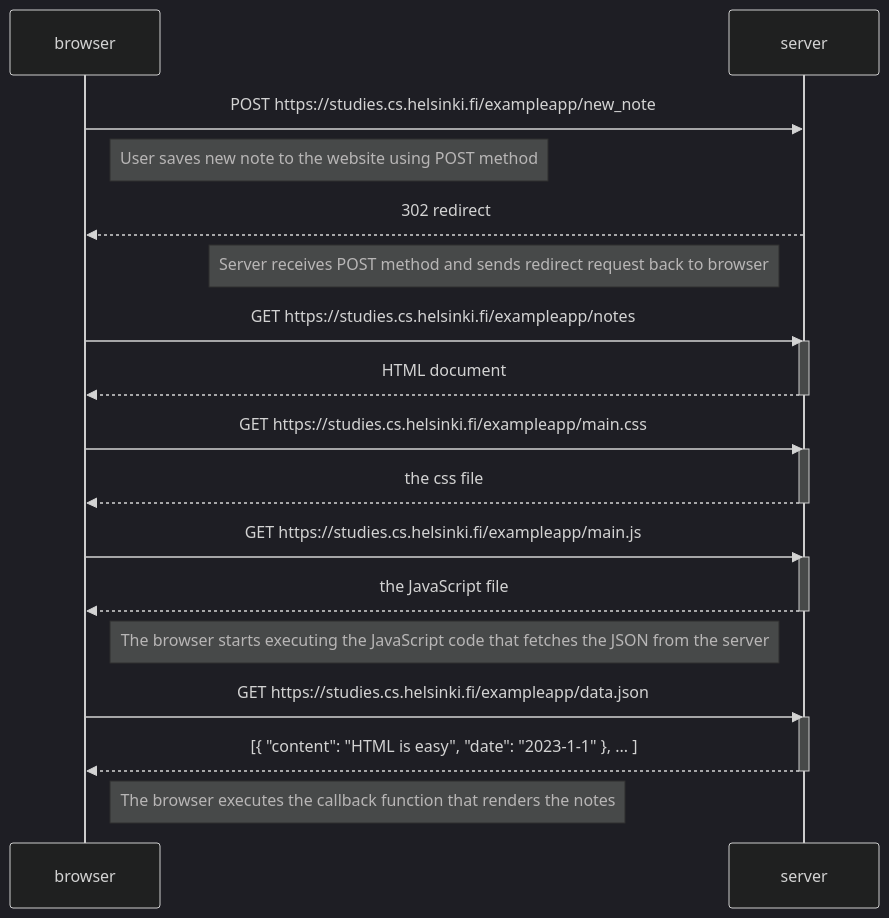
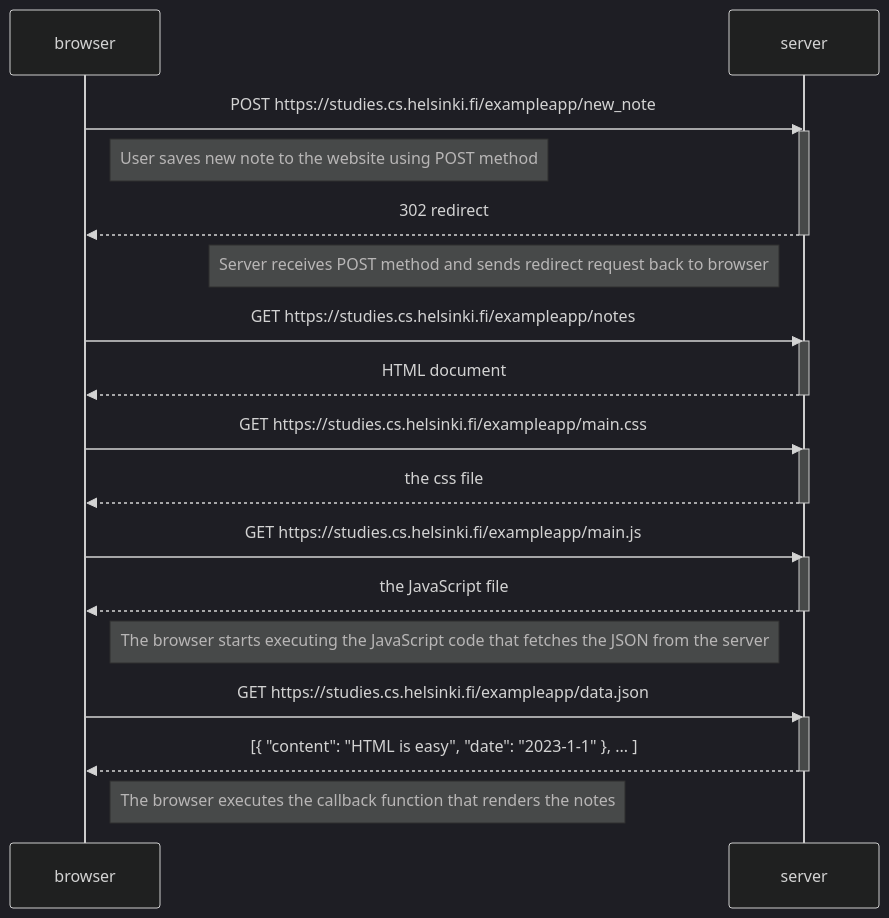
Before and after one commit to Waltter2211/Full-stack-palautus: the diagram in Tehtävä 0.4.md, drawn with Mermaid (dark theme).

Commit message:
Update Tehtävä 0.4.md

````diff
--- a/Tehtävä 0.4.md
+++ b/Tehtävä 0.4.md
@@ -1,33 +1,35 @@
 ```mermaid
 sequenceDiagram
     participant browser
     participant server
     
     browser->>server: POST https://studies.cs.helsinki.fi/exampleapp/new_note
+    activate server
     Note right of browser: User saves new note to the website using POST method
     server-->>browser: 302 redirect
+    deactivate server
     Note left of server: Server receives POST method and sends redirect request back to browser
     browser->>server: GET https://studies.cs.helsinki.fi/exampleapp/notes
     activate server
     server-->>browser: HTML document
     deactivate server
     
     browser->>server: GET https://studies.cs.helsinki.fi/exampleapp/main.css
     activate server
     server-->>browser: the css file
     deactivate server
     
     browser->>server: GET https://studies.cs.helsinki.fi/exampleapp/main.js
     activate server
     server-->>browser: the JavaScript file
     deactivate server
     
     Note right of browser: The browser starts executing the JavaScript code that fetches the JSON from the server
     
     browser->>server: GET https://studies.cs.helsinki.fi/exampleapp/data.json
     activate server
     server-->>browser: [{ "content": "HTML is easy", "date": "2023-1-1" }, ... ]
     deactivate server    
 
     Note right of browser: The browser executes the callback function that renders the notes 
 ```
````
